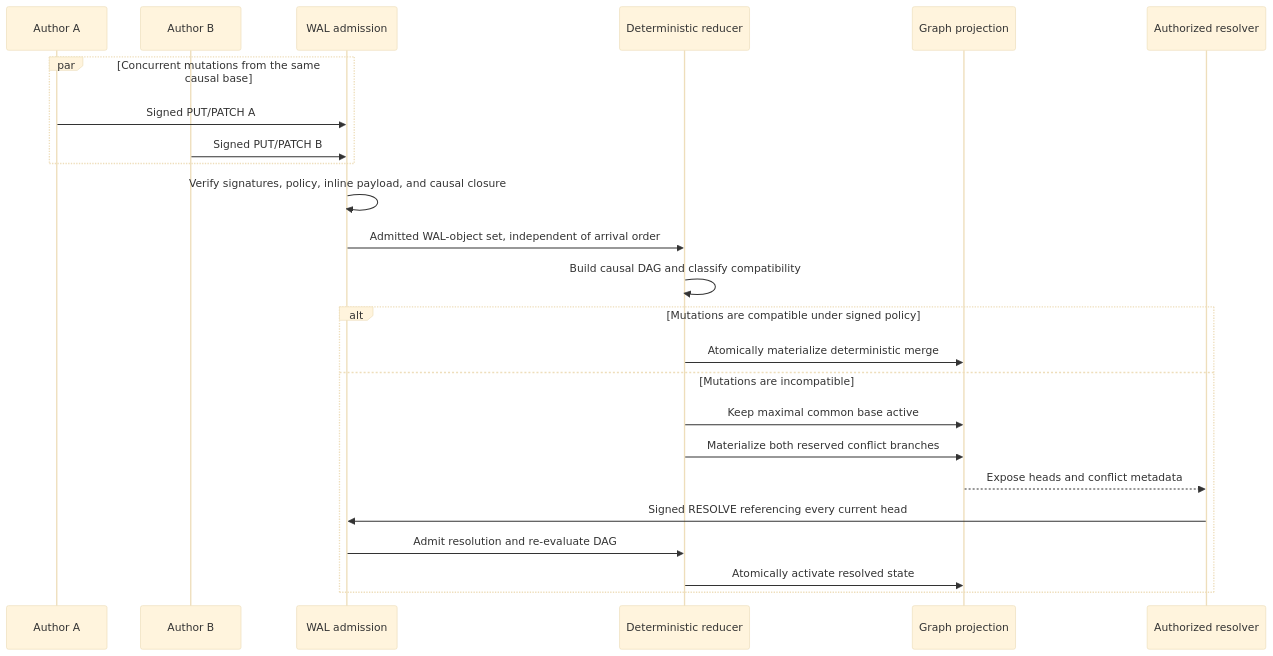
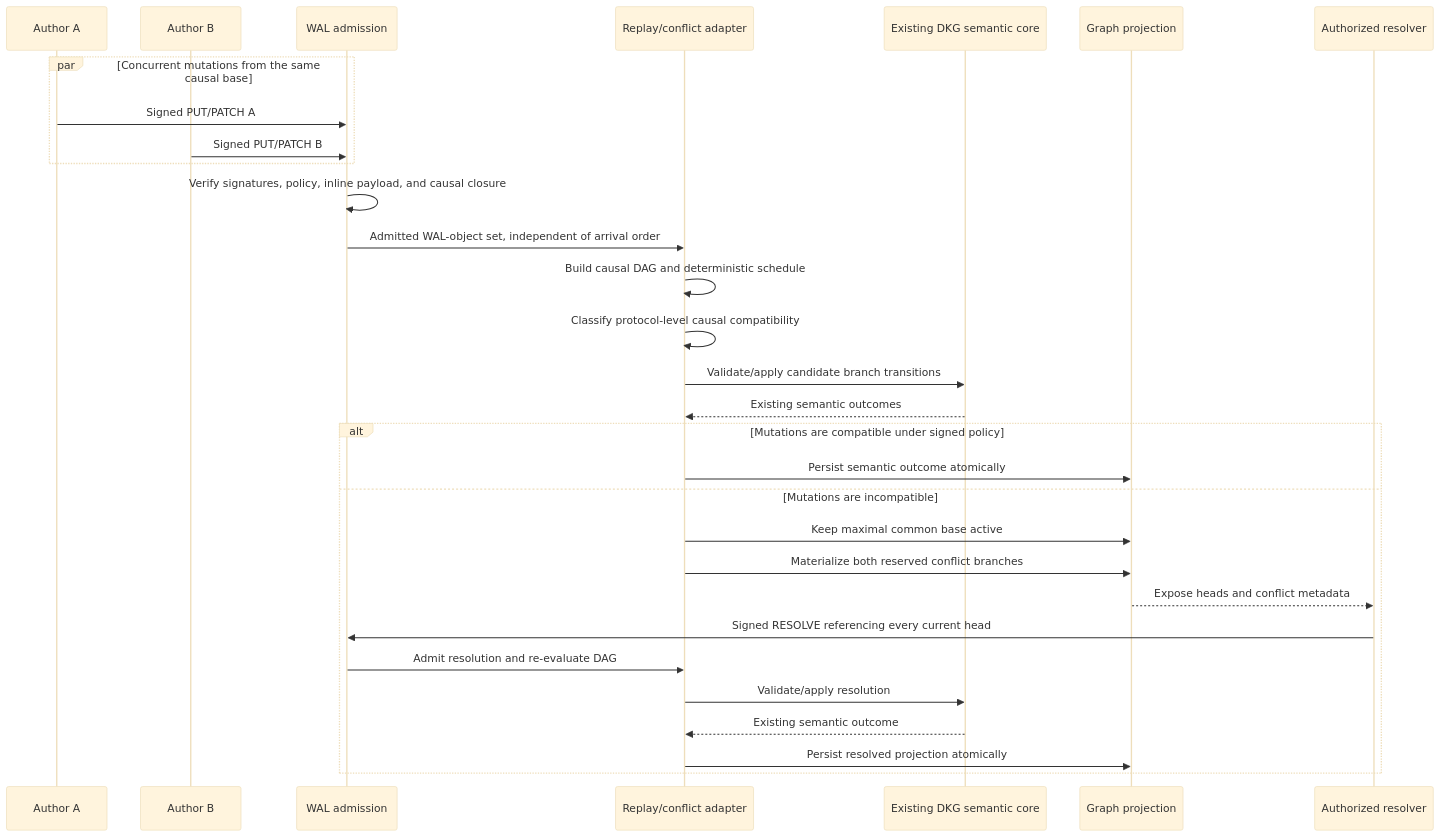
The ninth of 12 diagrams in docs/active-now/wal-parallel-protocol-task-pack/OT-RFC-65-wal-byte-set-reconciliation-sync.md (OriginTrail/dkg), drawn with Mermaid (base theme) before and after one commit. The commit also changed other lines of this file and 32 other files, not shown here.

Commit message:
Enforce one shared DKG semantic core

````diff
--- a/docs/active-now/wal-parallel-protocol-task-pack/OT-RFC-65-wal-byte-set-reconciliation-sync.md
+++ b/docs/active-now/wal-parallel-protocol-task-pack/OT-RFC-65-wal-byte-set-reconciliation-sync.md
@@ -1709,27 +1775,33 @@
 ```mermaid
 sequenceDiagram
     participant A as Author A
     participant B as Author B
     participant W as WAL admission
-    participant R as Deterministic reducer
+    participant R as Replay/conflict adapter
+    participant S as Existing DKG semantic core
     participant G as Graph projection
     participant X as Authorized resolver
 
     par Concurrent mutations from the same causal base
         A->>W: Signed PUT/PATCH A
         B->>W: Signed PUT/PATCH B
     end
     W->>W: Verify signatures, policy, inline payload, and causal closure
     W->>R: Admitted WAL-object set, independent of arrival order
-    R->>R: Build causal DAG and classify compatibility
+    R->>R: Build causal DAG and deterministic schedule
+    R->>R: Classify protocol-level causal compatibility
+    R->>S: Validate/apply candidate branch transitions
+    S-->>R: Existing semantic outcomes
     alt Mutations are compatible under signed policy
-        R->>G: Atomically materialize deterministic merge
+        R->>G: Persist semantic outcome atomically
     else Mutations are incompatible
         R->>G: Keep maximal common base active
         R->>G: Materialize both reserved conflict branches
         G-->>X: Expose heads and conflict metadata
         X->>W: Signed RESOLVE referencing every current head
         W->>R: Admit resolution and re-evaluate DAG
-        R->>G: Atomically activate resolved state
+        R->>S: Validate/apply resolution
+        S-->>R: Existing semantic outcome
+        R->>G: Persist resolved projection atomically
     end
 ```
````
